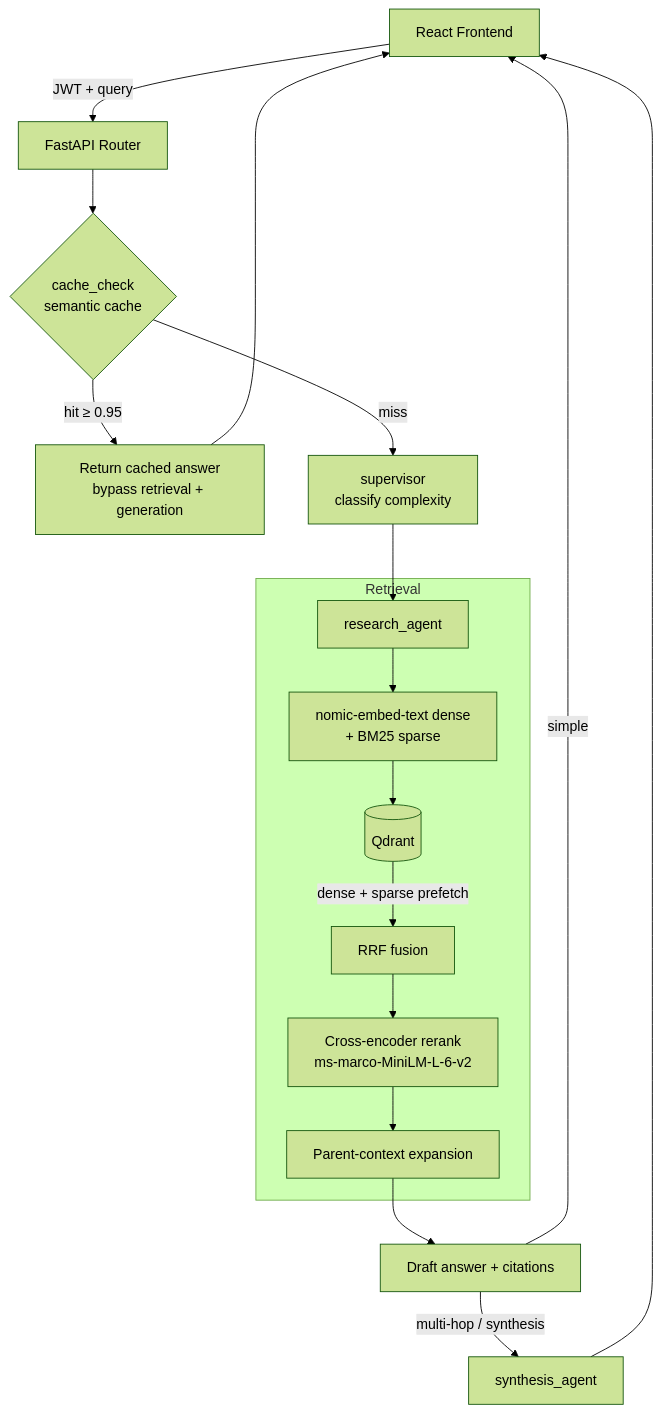
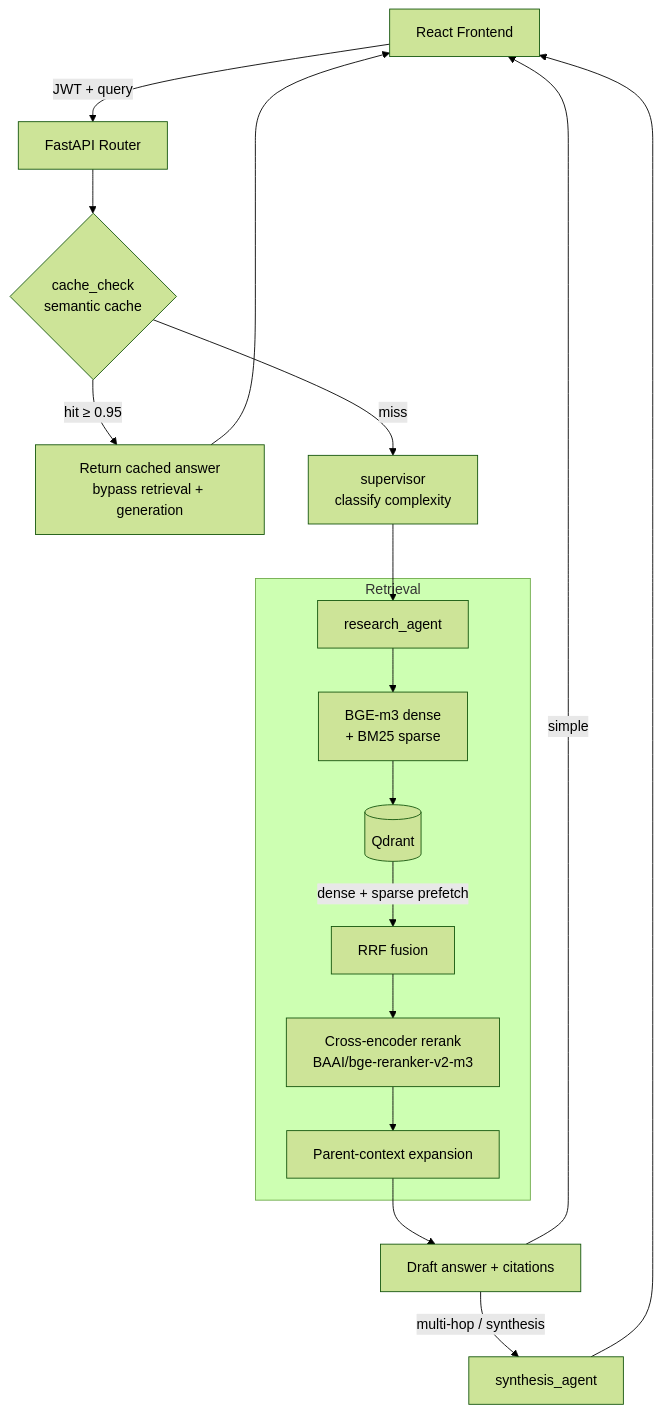
The diagram in README.md (hamdan-ishfaq/HERMES), drawn with Mermaid (forest theme) before and after one commit. The commit also changed other lines of this file, not shown here.

````diff
--- a/README.md
+++ b/README.md
@@ -43,24 +34,24 @@
 ```mermaid
 flowchart TD
     UI[React Frontend] -->|JWT + query| API[FastAPI Router]
     API --> Cache{cache_check<br>semantic cache}
 
     Cache -->|hit ≥ 0.95| Return[Return cached answer<br>bypass retrieval + generation]
     Return --> UI
 
     Cache -->|miss| Supervisor[supervisor<br>classify complexity]
     Supervisor --> Research[research_agent]
 
     subgraph Retrieval
-        Research --> Embed[nomic-embed-text dense<br>+ BM25 sparse]
+        Research --> Embed[BGE-m3 dense<br>+ BM25 sparse]
         Embed --> Qdrant[(Qdrant)]
         Qdrant -->|dense + sparse prefetch| RRF[RRF fusion]
-        RRF --> Rerank[Cross-encoder rerank<br>ms-marco-MiniLM-L-6-v2]
+        RRF --> Rerank[Cross-encoder rerank<br>BAAI/bge-reranker-v2-m3]
         Rerank --> Parent[Parent-context expansion]
     end
 
     Parent --> Draft[Draft answer + citations]
     Draft -->|simple| UI
     Draft -->|multi-hop / synthesis| Synthesis[synthesis_agent]
     Synthesis --> UI
 ```
````
